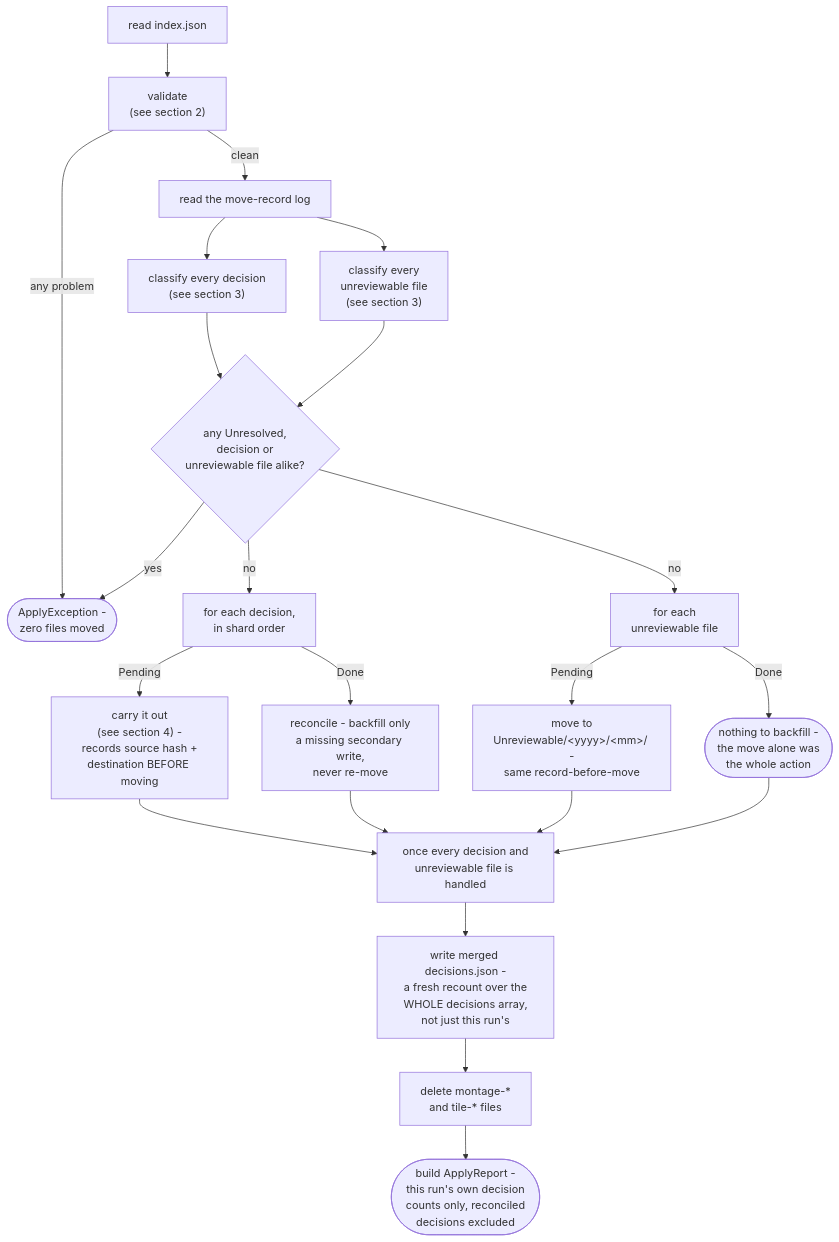
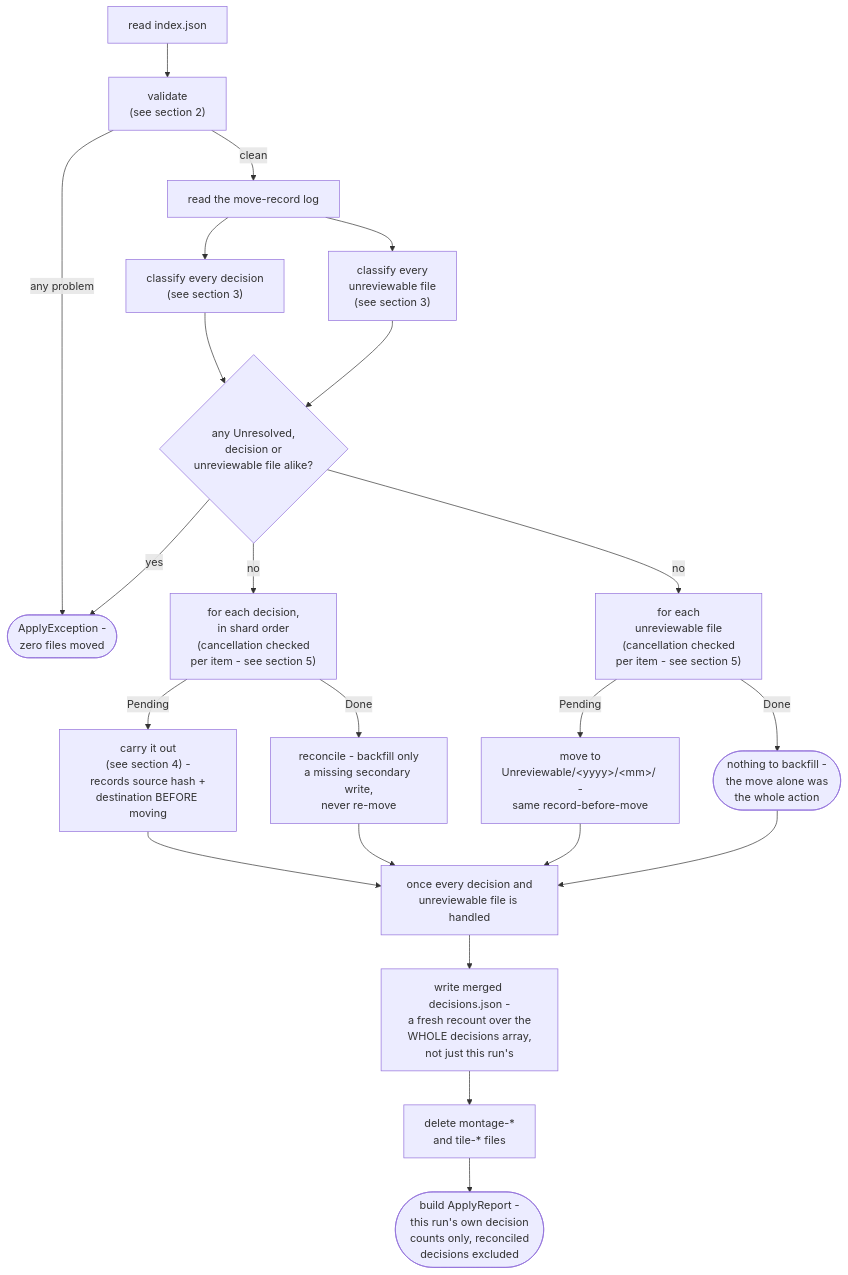
The first of 5 diagrams in app/docs/design/application/service/apply-engine.md (AdrianNachev91/sluice), drawn with Mermaid before and after one commit. The commit also changed other lines of this file and 17 other files, not shown here.

````diff
--- a/app/docs/design/application/service/apply-engine.md
+++ b/app/docs/design/application/service/apply-engine.md
@@ -10,24 +10,24 @@
 ```mermaid
 flowchart TD
     A["read index.json"] --> B["validate<br/>(see section 2)"]
     B -- any problem --> Z(["ApplyException -<br/>zero files moved"])
     B -- clean --> C["read the move-record log"]
     C --> D["classify every decision<br/>(see section 3)"]
     C --> D2["classify every<br/>unreviewable file<br/>(see section 3)"]
     D --> F{"any Unresolved,<br/>decision or<br/>unreviewable file alike?"}
     D2 --> F
     F -- yes --> Z
-    F -- no --> E["for each decision,<br/>in shard order"]
-    F -- no --> E2["for each<br/>unreviewable file"]
+    F -- no --> E["for each decision,<br/>in shard order<br/>(cancellation checked<br/>per item - see section 5)"]
+    F -- no --> E2["for each<br/>unreviewable file<br/>(cancellation checked<br/>per item - see section 5)"]
     E -- Pending --> G["carry it out<br/>(see section 4) -<br/>records source hash +<br/>destination BEFORE moving"]
     E -- Done --> H["reconcile - backfill only<br/>a missing secondary write,<br/>never re-move"]
     E2 -- Pending --> G2["move to<br/>Unreviewable/&lt;yyyy&gt;/&lt;mm&gt;/ -<br/>same record-before-move"]
     E2 -- Done --> H2(["nothing to backfill -<br/>the move alone was<br/>the whole action"])
     G --> I["once every decision and<br/>unreviewable file is handled"]
     H --> I
     G2 --> I
     H2 --> I
     I --> J["write merged decisions.json -<br/>a fresh recount over the<br/>WHOLE decisions array,<br/>not just this run's"]
     J --> K["delete montage-*<br/>and tile-* files"]
     K --> L(["build ApplyReport -<br/>this run's own decision<br/>counts only, reconciled<br/>decisions excluded"])
 ```
````
